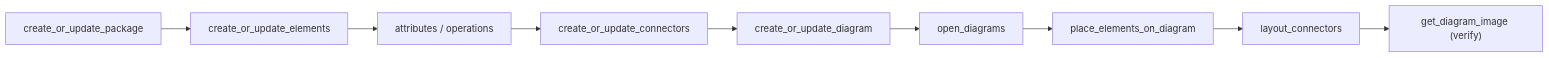
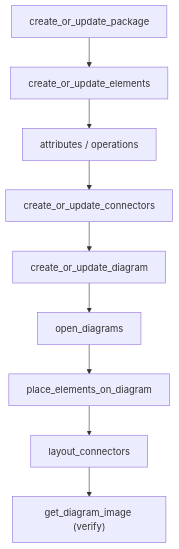
Before and after one commit to klesajos/grimoire: the diagram in plugins/archmage/skills/ea-mcp/reference/tool-catalog-write.md, drawn with Mermaid. The commit also changed 19 other files, not shown here.

````diff
--- a/plugins/archmage/skills/ea-mcp/reference/tool-catalog-write.md
+++ b/plugins/archmage/skills/ea-mcp/reference/tool-catalog-write.md
@@ -23,20 +23,20 @@
 ```mermaid
-flowchart LR
+flowchart TB
     A["create_or_update_package"]
     B["create_or_update_elements"]
     C["attributes / operations"]
     D["create_or_update_connectors"]
     E["create_or_update_diagram"]
     F["open_diagrams"]
     G["place_elements_on_diagram"]
     H["layout_connectors"]
     I["get_diagram_image (verify)"]
     A --> B
     B --> C
     C --> D
     D --> E
     E --> F
     F --> G
     G --> H
     H --> I
 ```
````
